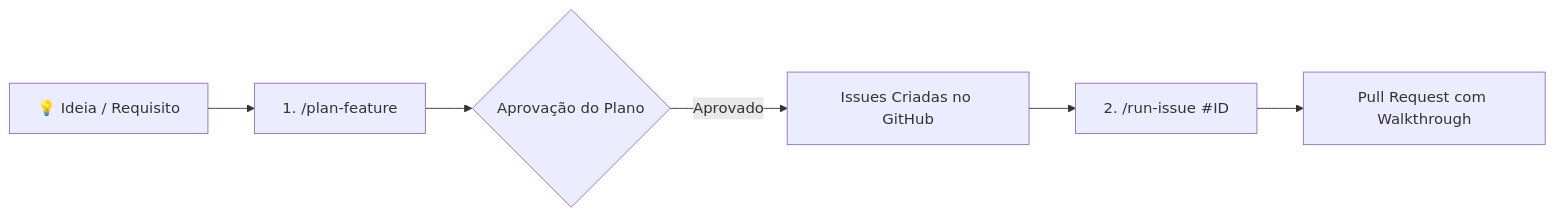
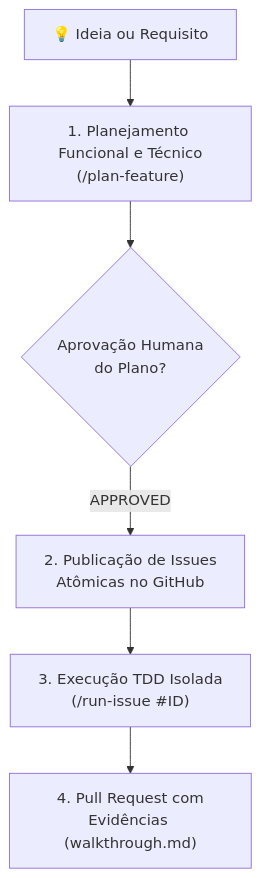
The diagram in docs/Getting-Started.md (VitorJacom/my-agents), drawn with Mermaid before and after one commit. The commit also changed other lines of this file and 35 other files, not shown here.

````diff
--- a/docs/Getting-Started.md
+++ b/docs/Getting-Started.md
@@ -170,8 +170,8 @@
 ```mermaid
-flowchart LR
-    Idea["💡 Ideia / Requisito"] --> Plan["1. /plan-feature"]
-    Plan --> Approval{"Aprovação do Plano"}
-    Approval -- Aprovado --> Issues["Issues Criadas no GitHub"]
-    Issues --> Run["2. /run-issue #ID"]
-    Run --> PR["Pull Request com Walkthrough"]
+flowchart TD
+    Idea["💡 Ideia ou Requisito"] --> Plan["1. Planejamento Funcional e Técnico<br/>(/plan-feature)"]
+    Plan --> Approval{"Aprovação Humana<br/>do Plano?"}
+    Approval -- "APPROVED" --> Issues["2. Publicação de Issues<br/>Atômicas no GitHub"]
+    Issues --> Run["3. Execução TDD Isolada<br/>(/run-issue #ID)"]
+    Run --> PR["4. Pull Request com<br/>Evidências (walkthrough.md)"]
 ```
````
